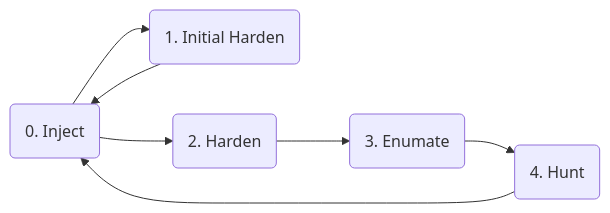
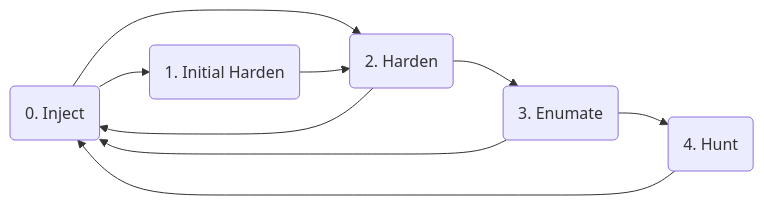
The second of 2 diagrams in playbook/README.md (xnorkl/cyberdefenseclub), drawn with Mermaid before and after one commit. The commit also changed other lines of this file, not shown here.

````diff
--- a/playbook/README.md
+++ b/playbook/README.md
@@ -44,11 +44,13 @@
  ```mermaid
 graph LR
 
 A(0. Inject) --> E(1. Initial Harden)
 A --> B(2. Harden)
 B --> C(3. Enumate)
 C --> D(4. Hunt)
-E --> A
+E --> B
+B --> A
+C --> A
 D --> A
 
 ```
````
